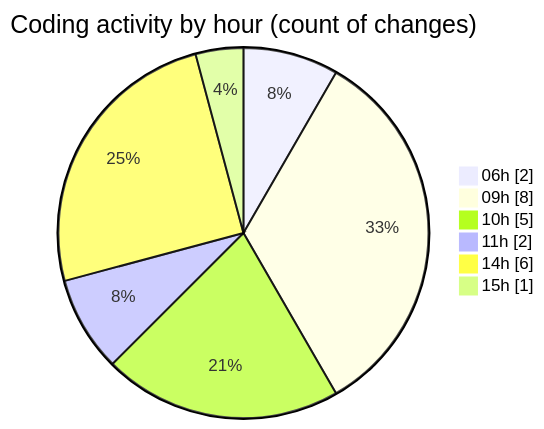
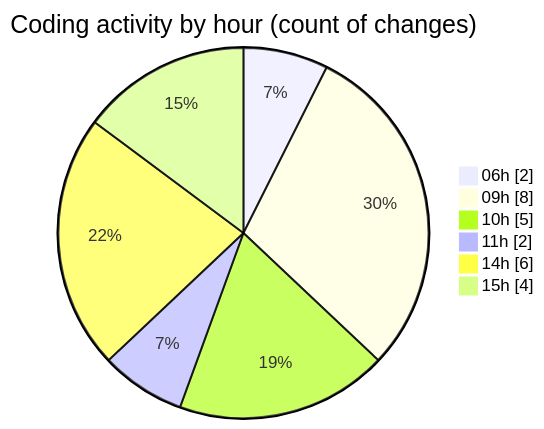
The second of 2 diagrams in 2026-02-24/workbench__workspace_/README.md (jadenblack/code-tracking), drawn with Mermaid before and after one commit. The commit also changed other lines of this file and 1 other file, not shown here.

````diff
--- a/2026-02-24/workbench__workspace_/README.md
+++ b/2026-02-24/workbench__workspace_/README.md
@@ -34,10 +34,10 @@
 ```mermaid
 pie showData
 title Coding activity by hour (count of changes)
 "06h" : 2
 "09h" : 8
 "10h" : 5
 "11h" : 2
 "14h" : 6
-"15h" : 1
+"15h" : 4
 ```
````
